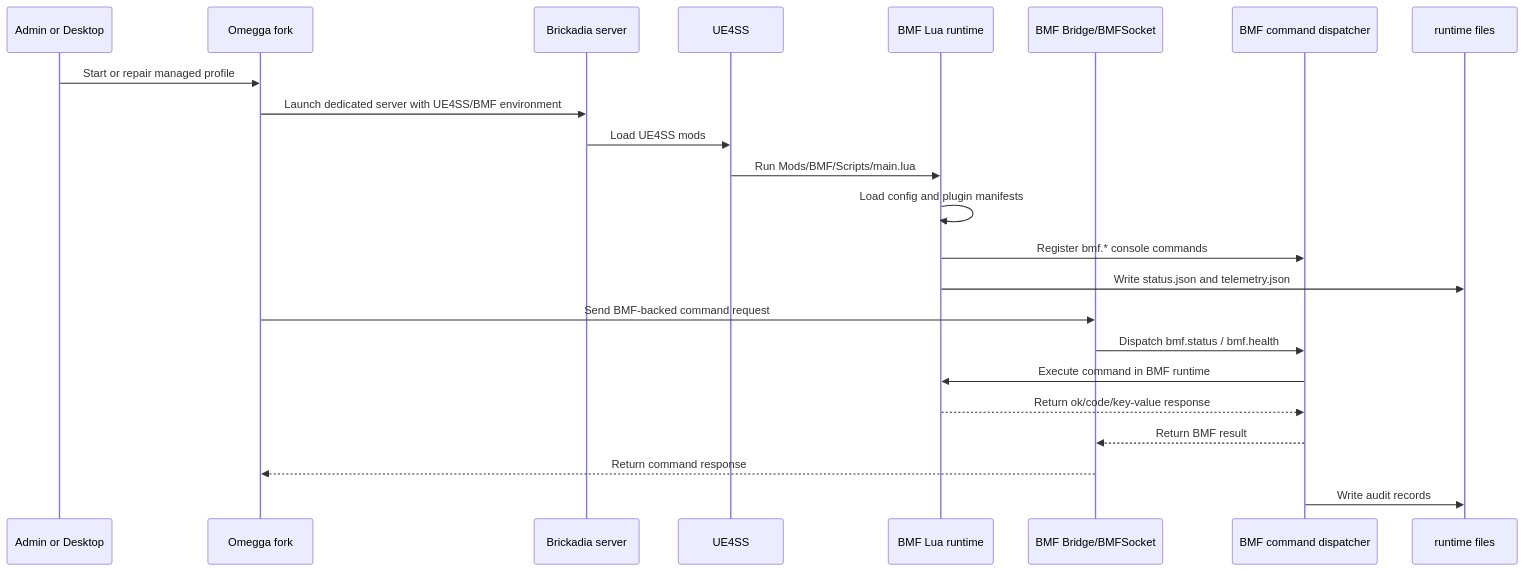
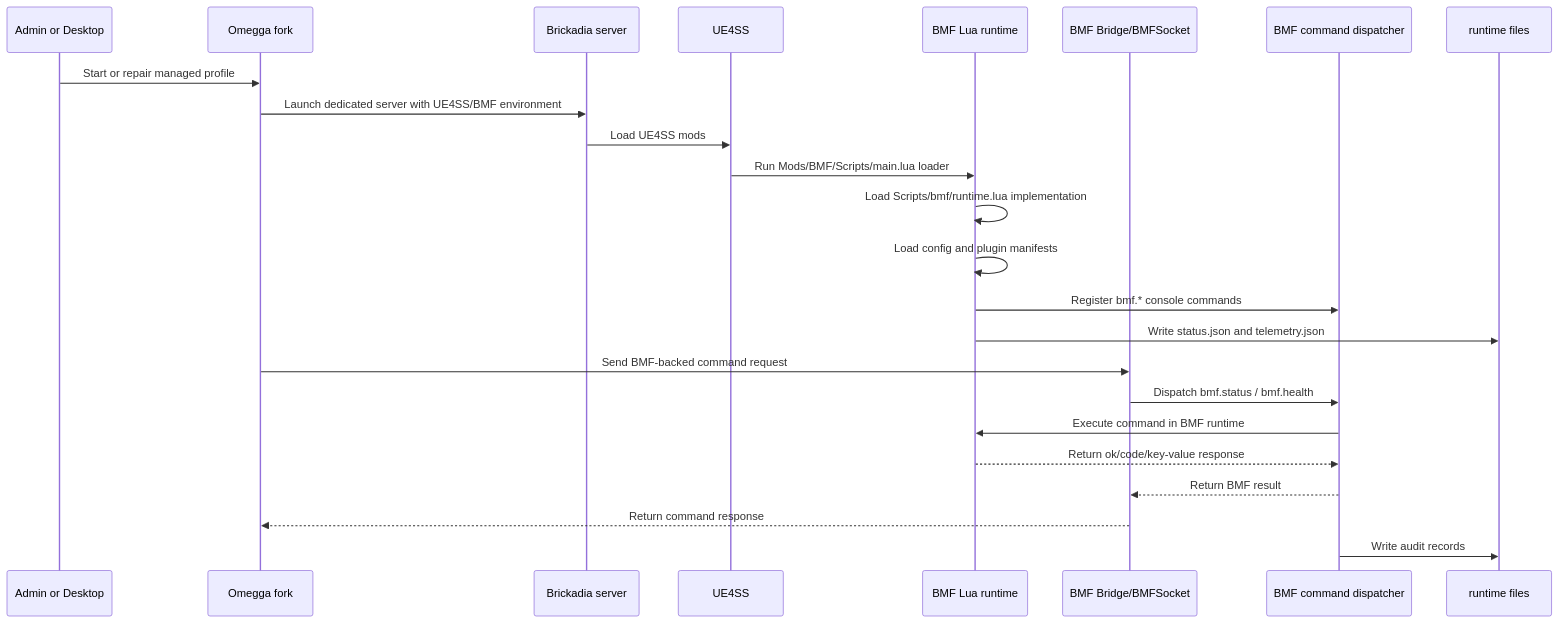
One commit to Ty-lerCox/brickadia-modding-framework changed the first of 9 diagrams in docs/architecture/architecture-patterns.md. Above: the diagram before and after it, drawn with Mermaid. The commit also changed 18 other files, not shown here.

Commit message:
Refactor BMF runtime loader packaging

````diff
--- a/docs/architecture/architecture-patterns.md
+++ b/docs/architecture/architecture-patterns.md
@@ -25,26 +25,27 @@
 ```mermaid
 sequenceDiagram
     participant Admin as Admin or Desktop
     participant Omegga as Omegga fork
     participant Server as Brickadia server
     participant UE4SS as UE4SS
     participant BMF as BMF Lua runtime
     participant Bridge as BMF Bridge/BMFSocket
     participant Cmd as BMF command dispatcher
     participant Files as runtime files
 
     Admin->>Omegga: Start or repair managed profile
     Omegga->>Server: Launch dedicated server with UE4SS/BMF environment
     Server->>UE4SS: Load UE4SS mods
-    UE4SS->>BMF: Run Mods/BMF/Scripts/main.lua
+    UE4SS->>BMF: Run Mods/BMF/Scripts/main.lua loader
+    BMF->>BMF: Load Scripts/bmf/runtime.lua implementation
     BMF->>BMF: Load config and plugin manifests
     BMF->>Cmd: Register bmf.* console commands
     BMF->>Files: Write status.json and telemetry.json
     Omegga->>Bridge: Send BMF-backed command request
     Bridge->>Cmd: Dispatch bmf.status / bmf.health
     Cmd->>BMF: Execute command in BMF runtime
     BMF-->>Cmd: Return ok/code/key-value response
     Cmd-->>Bridge: Return BMF result
     Bridge-->>Omegga: Return command response
     Cmd->>Files: Write audit records
 ```
````
